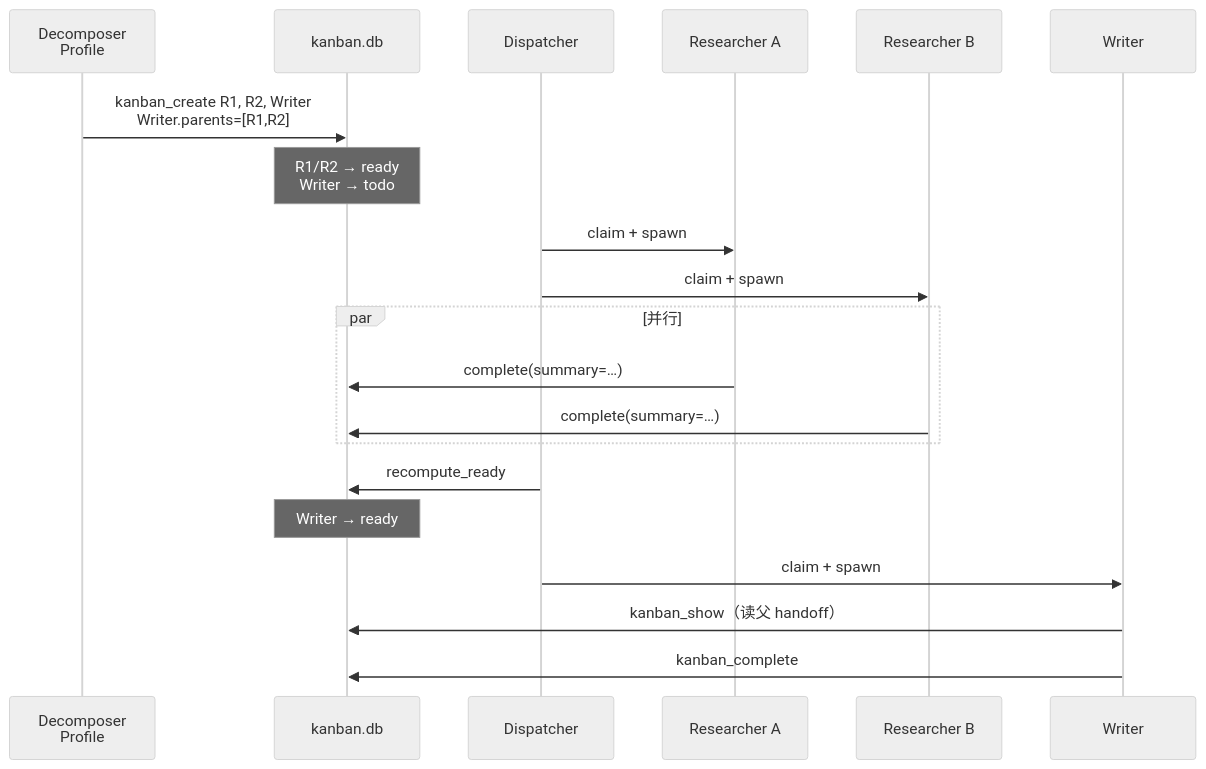
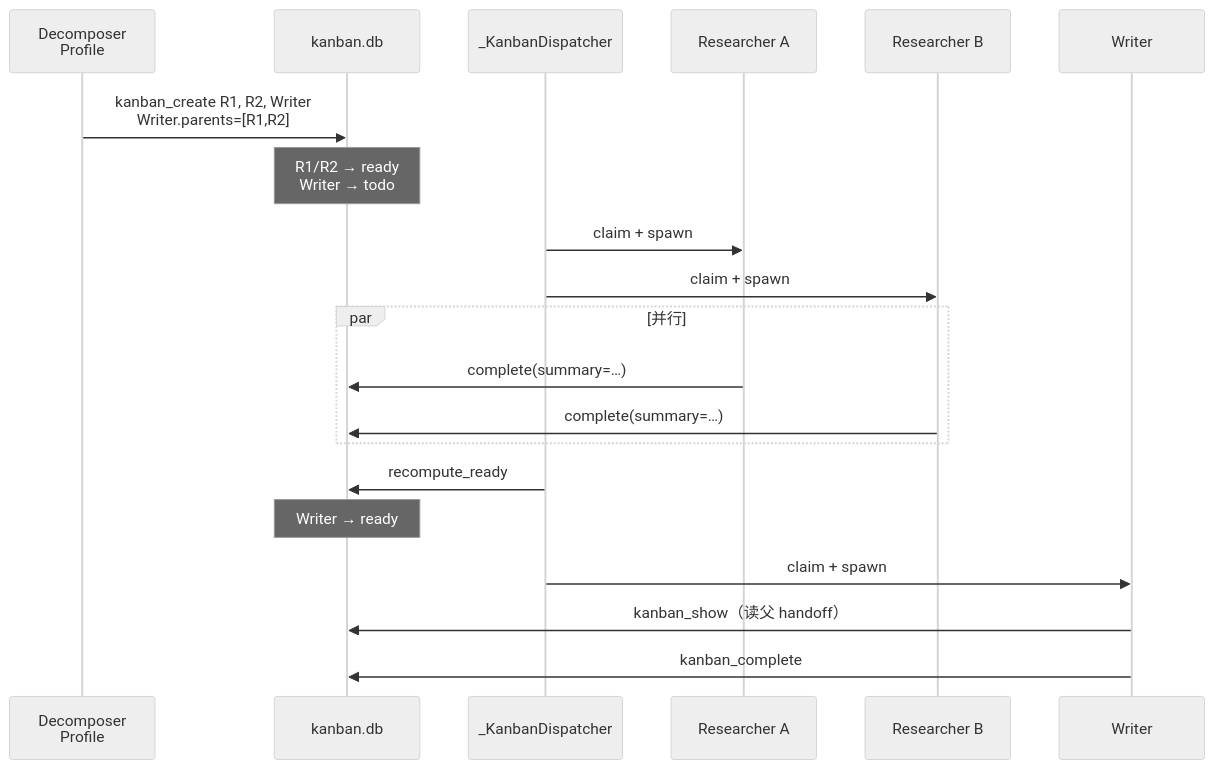
One commit to themass/agent-docs changed the sixth of 9 diagrams in hermes/docs/archive/legacy/KANBAN_MULTIAGENT_DEEP_ANALYSIS.md. Above: the diagram before and after it, drawn with Mermaid (neutral theme). The commit also changed other lines of this file and 508 other files, not shown here.

````diff
--- a/hermes/docs/archive/legacy/KANBAN_MULTIAGENT_DEEP_ANALYSIS.md
+++ b/hermes/docs/archive/legacy/KANBAN_MULTIAGENT_DEEP_ANALYSIS.md
@@ -456,25 +615,25 @@
 ```mermaid
 sequenceDiagram
   participant D as Decomposer<br/>Profile
   participant DB as kanban.db
-  participant Disp as Dispatcher
+  participant Disp as _KanbanDispatcher
   participant R1 as Researcher A
   participant R2 as Researcher B
   participant Wr as Writer
 
   D->>DB: kanban_create R1, R2, Writer<br/>Writer.parents=[R1,R2]
   Note over DB: R1/R2 → ready<br/>Writer → todo
 
   Disp->>R1: claim + spawn
   Disp->>R2: claim + spawn
   par 并行
     R1->>DB: complete(summary=…)
     R2->>DB: complete(summary=…)
   end
 
   Disp->>DB: recompute_ready
   Note over DB: Writer → ready
   Disp->>Wr: claim + spawn
   Wr->>DB: kanban_show（读父 handoff）
   Wr->>DB: kanban_complete
 ```
````
